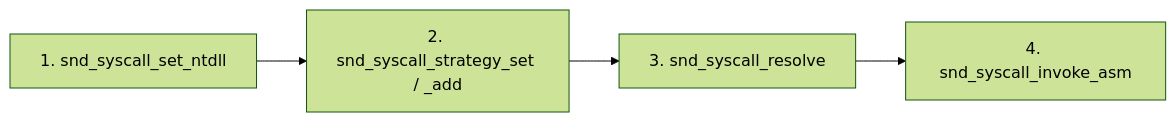
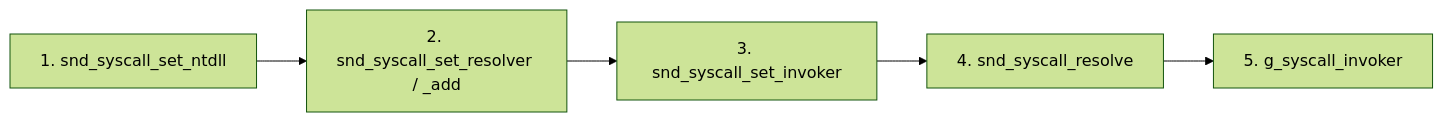
The diagram in docs/domains/primitives/syscalls/pipeline.md (youssefnoob003/SindriKit), drawn with Mermaid (forest theme) before and after one commit. The commit also changed other lines of this file and 42 other files, not shown here.

````diff
--- a/docs/domains/primitives/syscalls/pipeline.md
+++ b/docs/domains/primitives/syscalls/pipeline.md
@@ -11,6 +11,7 @@
 ```mermaid
 flowchart LR
-    A["1. snd_syscall_set_ntdll"] --> B["2. snd_syscall_strategy_set / _add"]
-    B --> C["3. snd_syscall_resolve"]
-    C --> D["4. snd_syscall_invoke_asm"]
+    A["1. snd_syscall_set_ntdll"] --> B["2. snd_syscall_set_resolver / _add"]
+    B --> C["3. snd_syscall_set_invoker"]
+    C --> D["4. snd_syscall_resolve"]
+    D --> E["5. g_syscall_invoker"]
 ```
````
